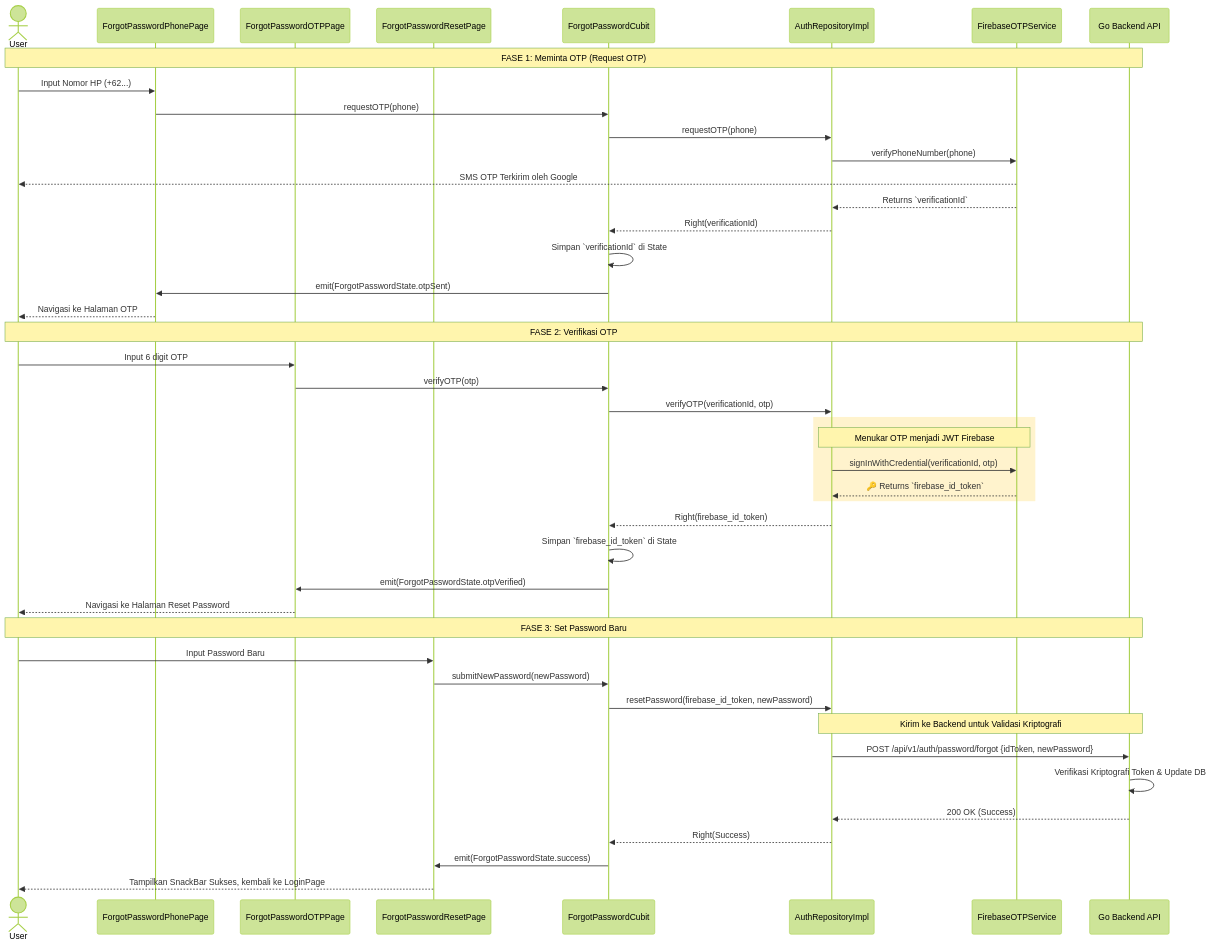
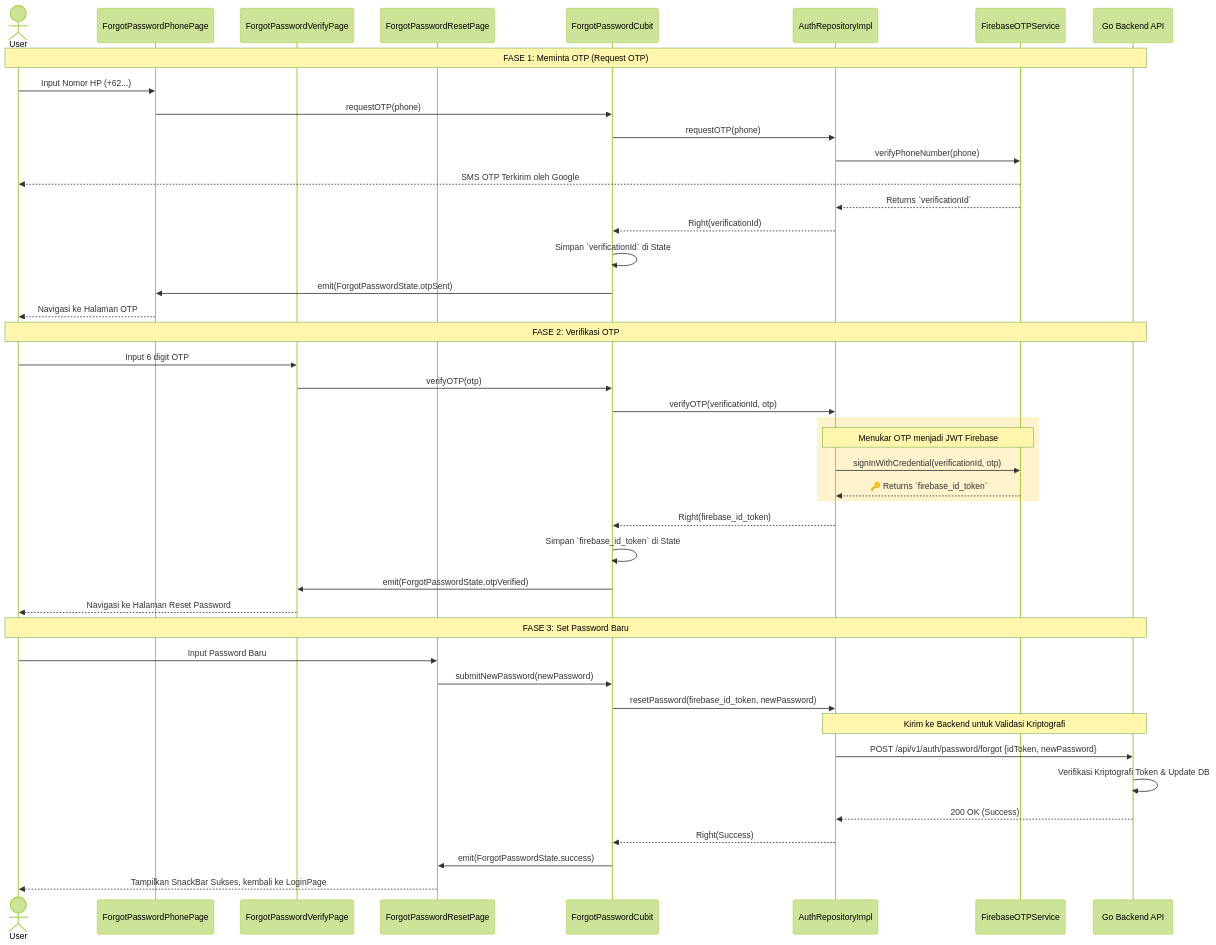
One commit to nunutech40/news-app-flutter changed the seventh of 7 diagrams in docs/features/auth.md. Above: the diagram before and after it, drawn with Mermaid (forest theme). The commit also changed 1 other file, not shown here.

Commit message:
docs: update auth sequence diagram and document centralized error handling strategy

````diff
--- a/docs/features/auth.md
+++ b/docs/features/auth.md
@@ -381,53 +381,53 @@
 ```mermaid
 sequenceDiagram
     actor User
     participant UI_Phone as ForgotPasswordPhonePage
-    participant UI_OTP as ForgotPasswordOTPPage
+    participant UI_OTP as ForgotPasswordVerifyPage
     participant UI_Reset as ForgotPasswordResetPage
     participant Cubit as ForgotPasswordCubit
     participant Repo as AuthRepositoryImpl
     participant FBService as FirebaseOTPService
     participant BE as Go Backend API
 
     Note over User, BE: FASE 1: Meminta OTP (Request OTP)
     User->>UI_Phone: Input Nomor HP (+62...)
     UI_Phone->>Cubit: requestOTP(phone)
     Cubit->>Repo: requestOTP(phone)
     Repo->>FBService: verifyPhoneNumber(phone)
     FBService-->>User: SMS OTP Terkirim oleh Google
     FBService-->>Repo: Returns `verificationId`
     Repo-->>Cubit: Right(verificationId)
     Cubit->>Cubit: Simpan `verificationId` di State
     Cubit->>UI_Phone: emit(ForgotPasswordState.otpSent)
     UI_Phone-->>User: Navigasi ke Halaman OTP
     
     Note over User, BE: FASE 2: Verifikasi OTP
     User->>UI_OTP: Input 6 digit OTP
     UI_OTP->>Cubit: verifyOTP(otp)
     Cubit->>Repo: verifyOTP(verificationId, otp)
     
     rect rgb(255, 243, 205)
         Note over Repo, FBService: Menukar OTP menjadi JWT Firebase
         Repo->>FBService: signInWithCredential(verificationId, otp)
         FBService-->>Repo: 🔑 Returns `firebase_id_token`
     end
     
     Repo-->>Cubit: Right(firebase_id_token)
     Cubit->>Cubit: Simpan `firebase_id_token` di State
     Cubit->>UI_OTP: emit(ForgotPasswordState.otpVerified)
     UI_OTP-->>User: Navigasi ke Halaman Reset Password
     
     Note over User, BE: FASE 3: Set Password Baru
     User->>UI_Reset: Input Password Baru
     UI_Reset->>Cubit: submitNewPassword(newPassword)
     Cubit->>Repo: resetPassword(firebase_id_token, newPassword)
     
     Note over Repo, BE: Kirim ke Backend untuk Validasi Kriptografi
     Repo->>BE: POST /api/v1/auth/password/forgot {idToken, newPassword}
     BE->>BE: Verifikasi Kriptografi Token & Update DB
     BE-->>Repo: 200 OK (Success)
     
     Repo-->>Cubit: Right(Success)
     Cubit->>UI_Reset: emit(ForgotPasswordState.success)
     UI_Reset-->>User: Tampilkan SnackBar Sukses, kembali ke LoginPage
 ```
````
